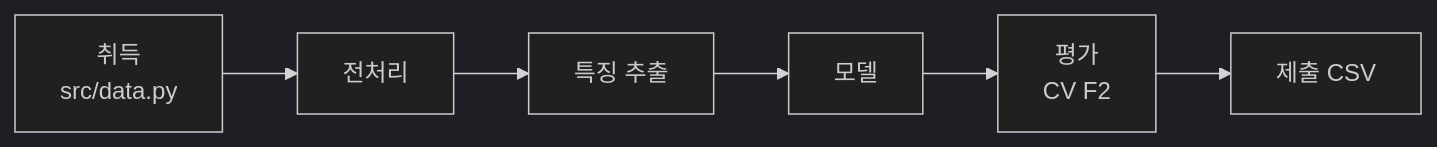
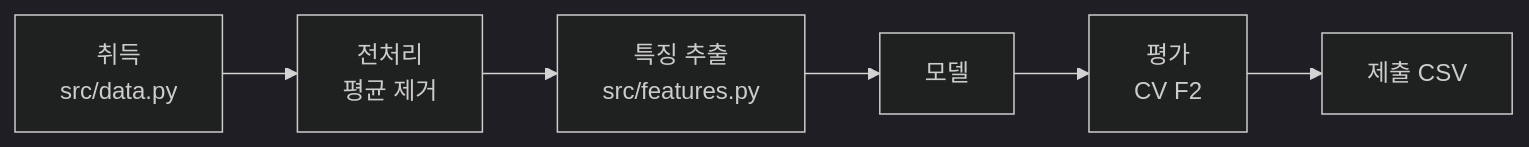
Before and after one commit to donghuni93/PHM_Tension_Arm: the diagram in vault/01_코드지도.md, drawn with Mermaid (dark theme). The commit also changed other lines of this file and 2 other files, not shown here.

````diff
--- a/vault/01_코드지도.md
+++ b/vault/01_코드지도.md
@@ -9,8 +9,8 @@
 ```mermaid
 flowchart LR
-    A[취득<br/>src/data.py] --> B[전처리]
-    B --> C[특징 추출]
+    A[취득<br/>src/data.py] --> B[전처리<br/>평균 제거]
+    B --> C[특징 추출<br/>src/features.py]
     C --> D[모델]
     D --> E[평가<br/>CV F2]
     E --> F[제출 CSV]
 ```
````
